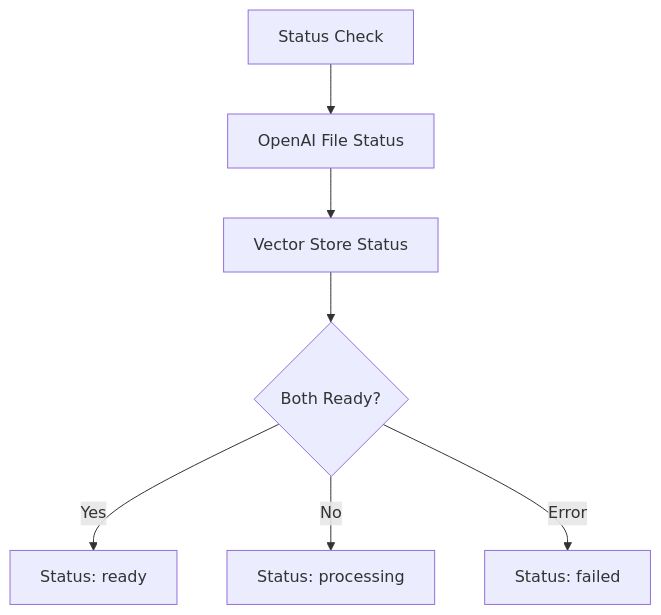
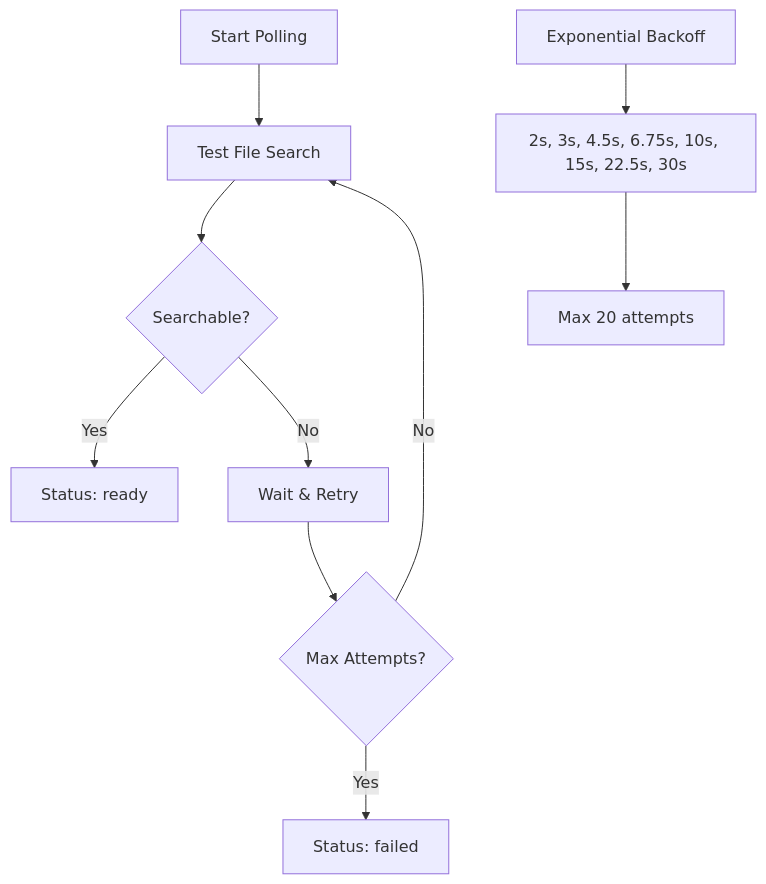
Before and after one commit to moejoe82/sanadgpt: the third of 4 diagrams in README.md, drawn with Mermaid. The commit also changed other lines of this file and 6 other files, not shown here.

````diff
--- a/README.md
+++ b/README.md
@@ -390,9 +390,13 @@
 ```mermaid
 graph TD
-    A[Status Check] --> B[OpenAI File Status]
-    B --> C[Vector Store Status]
-    C --> D{Both Ready?}
-    D -->|Yes| E[Status: ready]
-    D -->|No| F[Status: processing]
-    D -->|Error| G[Status: failed]
+    A[Start Polling] --> B[Test File Search]
+    B --> C{Searchable?}
+    C -->|Yes| D[Status: ready]
+    C -->|No| E[Wait & Retry]
+    E --> F{Max Attempts?}
+    F -->|No| B
+    F -->|Yes| G[Status: failed]
+    
+    H[Exponential Backoff] --> I[2s, 3s, 4.5s, 6.75s, 10s, 15s, 22.5s, 30s]
+    I --> J[Max 20 attempts]
 ```
````
